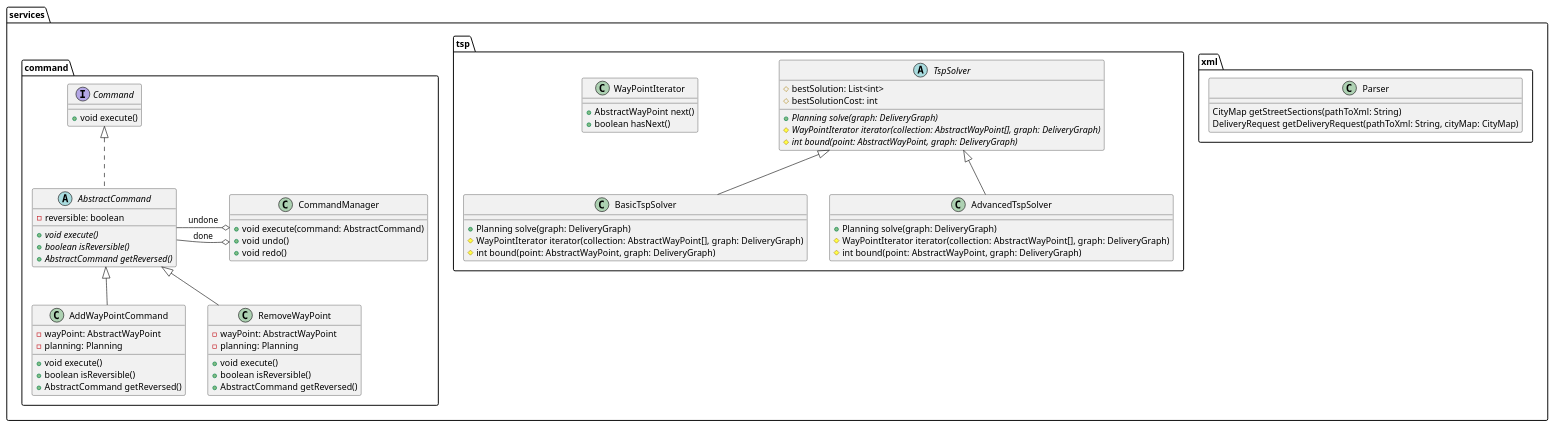
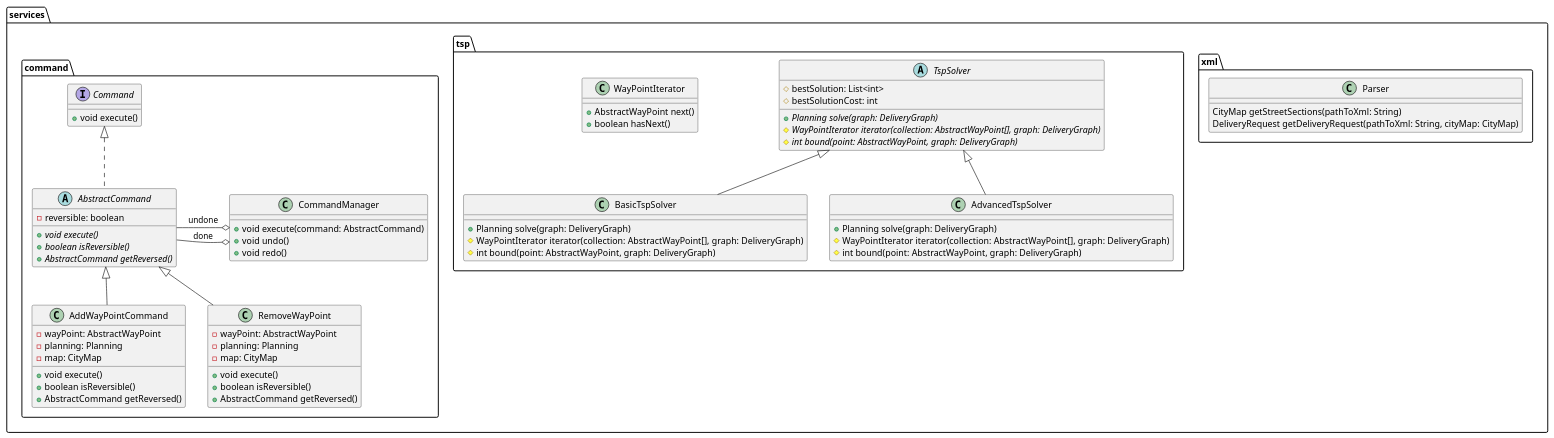
Before and after one commit to if-h4102/pld-agile: the diagram in docs/uml/package.services.puml, drawn with PlantUML.

```diff
--- a/docs/uml/package.services.puml
+++ b/docs/uml/package.services.puml
@@ -1,84 +1,86 @@
 @startuml
 
 package services {
     package xml {
         class Parser {
             CityMap getStreetSections(pathToXml: String)
             DeliveryRequest getDeliveryRequest(pathToXml: String, cityMap: CityMap)
         }
     }
 
     package tsp {
         abstract class TspSolver {
             #bestSolution: List<int>
             #bestSolutionCost: int
             +{abstract} Planning solve(graph: DeliveryGraph)
             #{abstract} WayPointIterator iterator(collection: AbstractWayPoint[], graph: DeliveryGraph)
             #{abstract} int bound(point: AbstractWayPoint, graph: DeliveryGraph)
         }
 
         class BasicTspSolver {
             +Planning solve(graph: DeliveryGraph)
             #WayPointIterator iterator(collection: AbstractWayPoint[], graph: DeliveryGraph)
             #int bound(point: AbstractWayPoint, graph: DeliveryGraph)
         }
 
         class AdvancedTspSolver {
             +Planning solve(graph: DeliveryGraph)
             #WayPointIterator iterator(collection: AbstractWayPoint[], graph: DeliveryGraph)
             #int bound(point: AbstractWayPoint, graph: DeliveryGraph)
         }
 
         class WayPointIterator {
             +AbstractWayPoint next()
             +boolean hasNext()
         }
 
         TspSolver <|-- BasicTspSolver
         TspSolver <|-- AdvancedTspSolver
     }
 
     package command {
         class CommandManager {
             +void execute(command: AbstractCommand)
             +void undo()
             +void redo()
         }
 
         interface Command {
             +void execute()
         }
 
         abstract class AbstractCommand implements Command {
             -reversible: boolean
             +{abstract} void execute()
             +{abstract} boolean isReversible()
             +{abstract} AbstractCommand getReversed()
         }
 
         class AddWayPointCommand extends AbstractCommand {
             -wayPoint: AbstractWayPoint
             -planning: Planning
+            -map: CityMap
             +void execute()
             +boolean isReversible()
             +AbstractCommand getReversed()
         }
 
         class RemoveWayPoint extends AbstractCommand {
             -wayPoint: AbstractWayPoint
             -planning: Planning
+            -map: CityMap
             +void execute()
             +boolean isReversible()
             +AbstractCommand getReversed()
         }
 
         CommandManager o-left- AbstractCommand: done
         CommandManager o-left- AbstractCommand: undone
 
 
     }
 }
 
 
 
 @enduml
```
